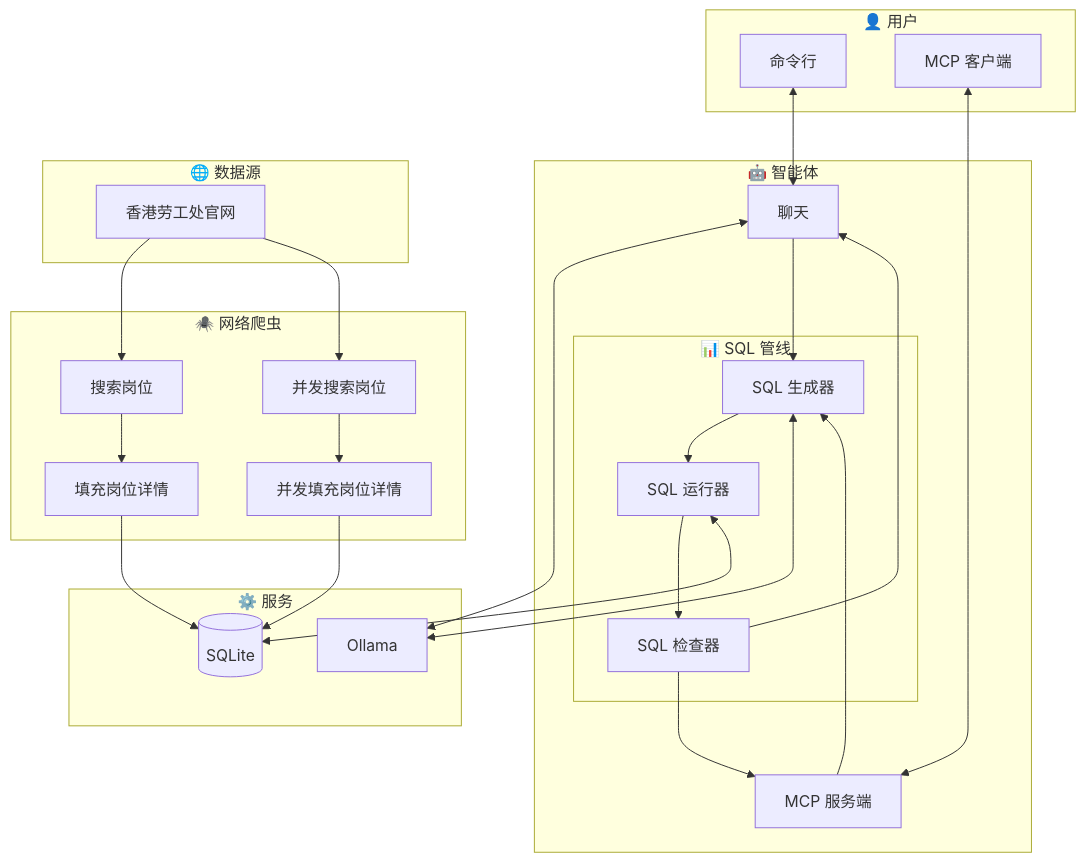
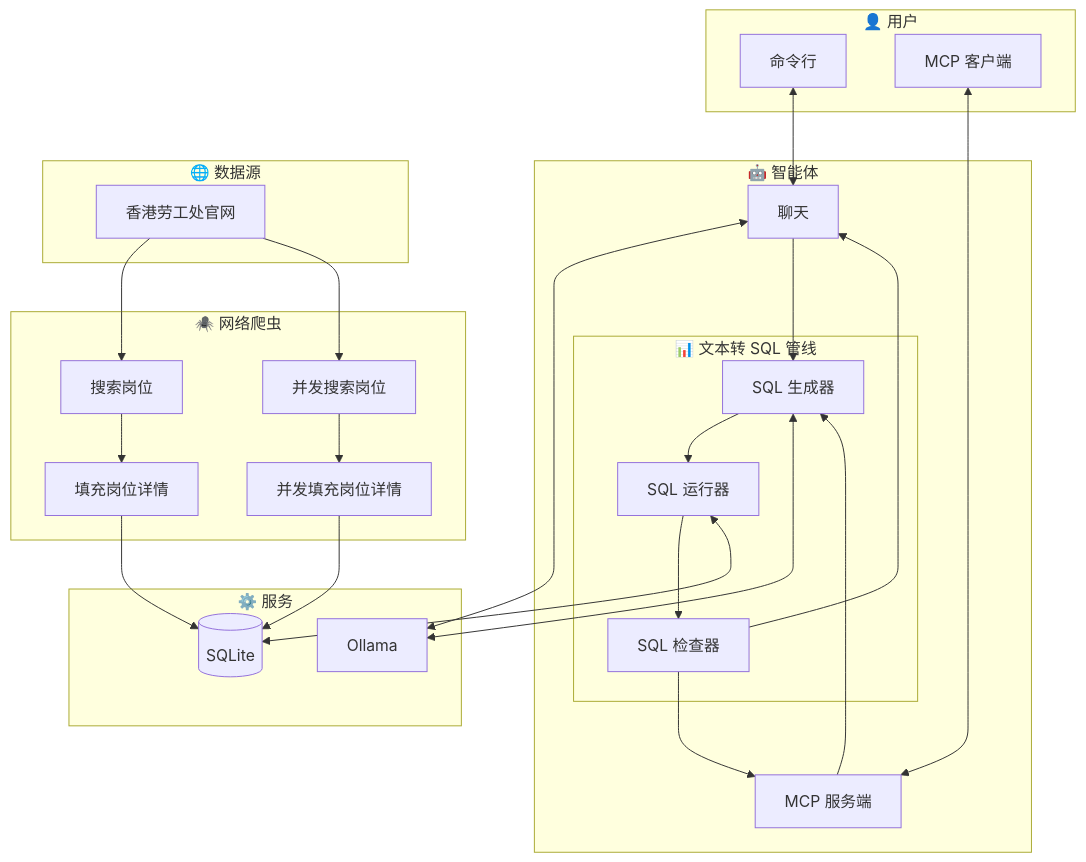
Before and after one commit to JJ-Jacko/jobs_hk: the diagram in README_zh_cn.md, drawn with Mermaid. The commit also changed 2 other files, not shown here.

Commit message:
fix(README): `SQL Pipline` -> `Text-to-SQL Pipline`.

````diff
--- a/README_zh_cn.md
+++ b/README_zh_cn.md
@@ -13,61 +13,61 @@
 ```mermaid
 flowchart
     subgraph User["👤 用户"]
         CLI[命令行]
         MCP_CLIENT[MCP 客户端]
     end
 
     subgraph Scraper["🕷️ 网络爬虫"]
         search_job[搜索岗位]
         search_job_mt[并发搜索岗位]
         fill_job[填充岗位详情]
         fill_job_mt[并发填充岗位详情]
     end
 
-    subgraph SQL_pipline["📊 SQL 管线"]
+    subgraph SQL_pipline["📊 文本转 SQL 管线"]
         SQL_generator[SQL 生成器]
         SQL_runner[SQL 运行器]
         SQL_checker[SQL 检查器]
     end
 
     subgraph AI["🤖 智能体"]
         chat[聊天]
         MCP_server[MCP 服务端]
         SQL_pipline
     end
 
     subgraph Service["⚙️ 服务"]
         Ollama[Ollama]
         SQLite[(SQLite)]
     end
 
     subgraph DataSource["🌐 数据源"]
         web_src[香港劳工处官网]
     end
 
     CLI <--> chat
     MCP_CLIENT <--> MCP_server
 
     chat <--> Ollama
     chat --> SQL_generator
 
     MCP_server --> SQL_generator
 
     SQL_generator --> SQL_runner
     SQL_generator <--> Ollama
 
     SQL_runner --> SQL_checker
     SQL_runner <--> SQLite
 
     SQL_checker --> chat
     SQL_checker --> MCP_server
 
     web_src --> search_job
     web_src --> search_job_mt
 
     search_job --> fill_job
     search_job_mt --> fill_job_mt
 
     fill_job --> SQLite
     fill_job_mt --> SQLite
 ```
````
